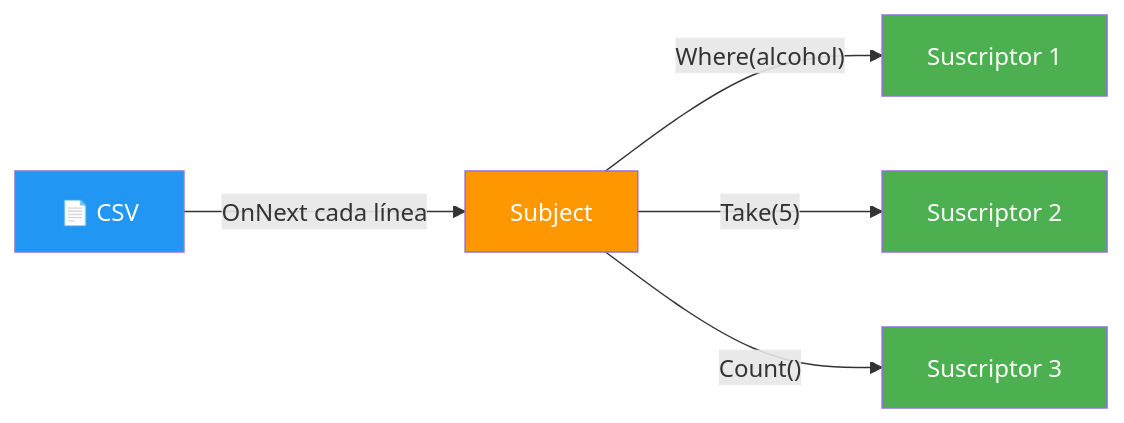
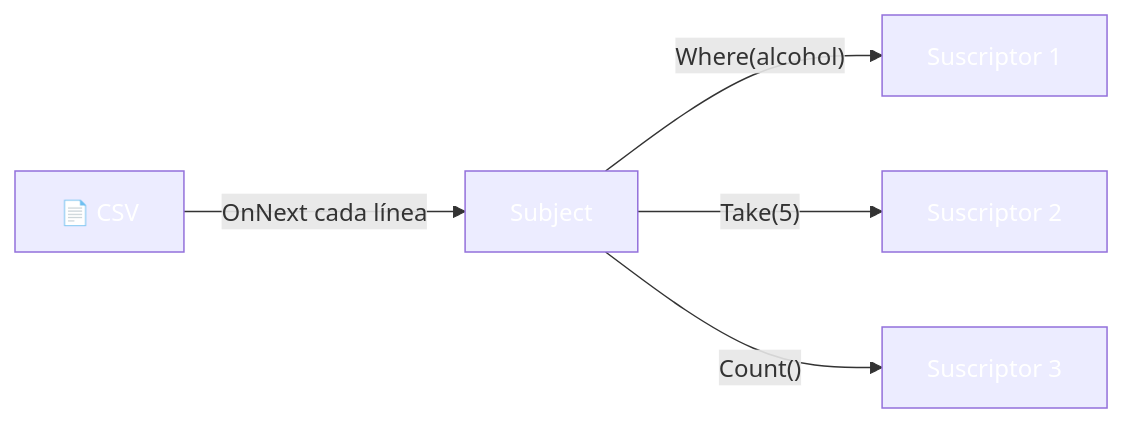
One commit to joseluisgs/DesarrolloWebEntornosServidor-01-2026-2027 changed the sixth of 6 diagrams in soluciones/13-ProgramacionAsincrona/README.md. Above: the diagram before and after it, drawn with Mermaid. The commit also changed other lines of this file and 66 other files, not shown here.

First line of the commit message:
fix: normalizar titulos al castellano de frase y corregir la paleta de mermaid

````diff
--- a/soluciones/13-ProgramacionAsincrona/README.md
+++ b/soluciones/13-ProgramacionAsincrona/README.md
@@ -160,13 +160,13 @@
 ```mermaid
 graph LR
     A["📄 CSV"] -->|"OnNext cada línea"| B["Subject"]
     B -->|"Where(alcohol)"| C["Suscriptor 1"]
     B -->|"Take(5)"| D["Suscriptor 2"]
     B -->|"Count()"| E["Suscriptor 3"]
 
-    style A fill:#2196F3,color:#fff
-    style B fill:#FF9800,color:#fff
-    style C fill:#4CAF50,color:#fff
-    style D fill:#4CAF50,color:#fff
-    style E fill:#4CAF50,color:#fff
+    style A fill:#2196F,color:#fff3,color:#fff
+    style B fill:#FF980,color:#fff0,color:#fff
+    style C fill:#4CAF5,color:#fff0,color:#fff
+    style D fill:#4CAF5,color:#fff0,color:#fff
+    style E fill:#4CAF5,color:#fff0,color:#fff
 ```
````
